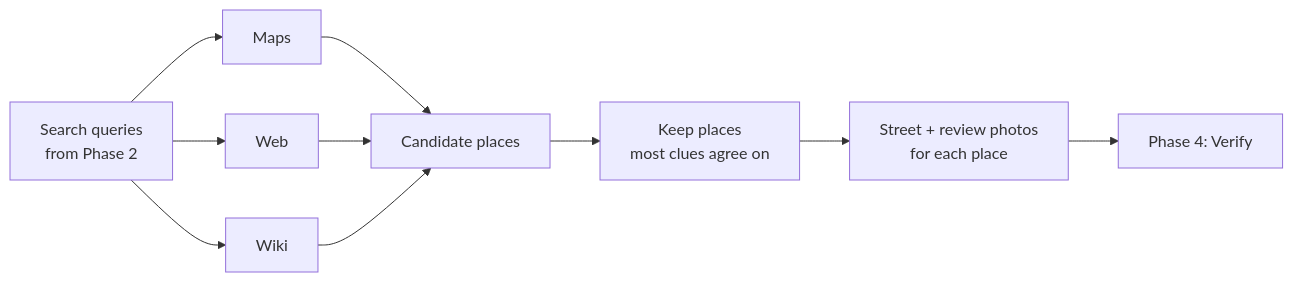
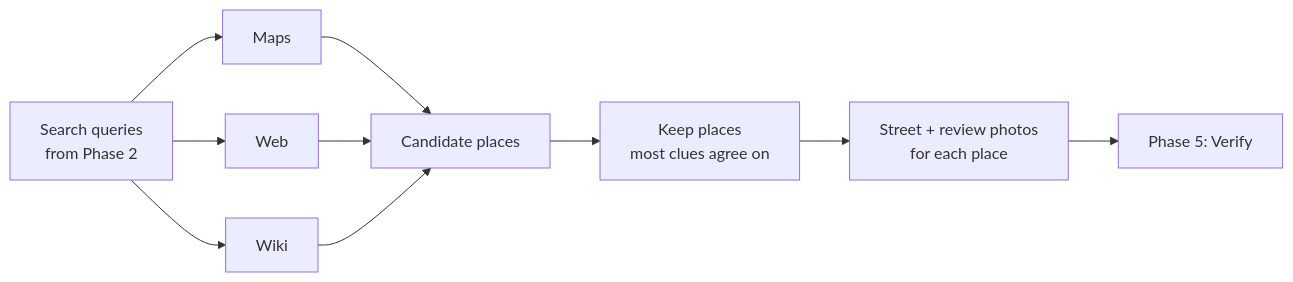
Before and after one commit to ahmadfreijeh/conan: the diagram in docs/phase-3-search.md, drawn with Mermaid. The commit also changed other lines of this file and 3 other files, not shown here.

Commit message:
Update phases in documentation: rename Phase 4 to "Retrieve" and Phase 5 to "Verify", and adjust references accordingly

````diff
--- a/docs/phase-3-search.md
+++ b/docs/phase-3-search.md
@@ -28,12 +28,12 @@
 ```mermaid
 flowchart LR
     Q[Search queries<br/>from Phase 2] --> M[Maps]
     Q --> W[Web]
     Q --> K[Wiki]
     M --> C[Candidate places]
     W --> C
     K --> C
     C --> F[Keep places<br/>most clues agree on]
     F --> P[Street + review photos<br/>for each place]
-    P --> V[Phase 4: Verify]
+    P --> V[Phase 5: Verify]
 ```
````
